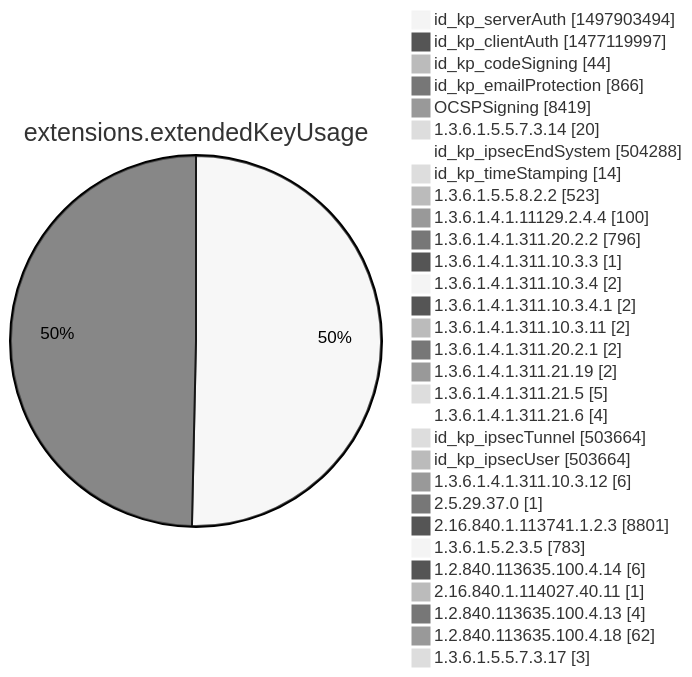
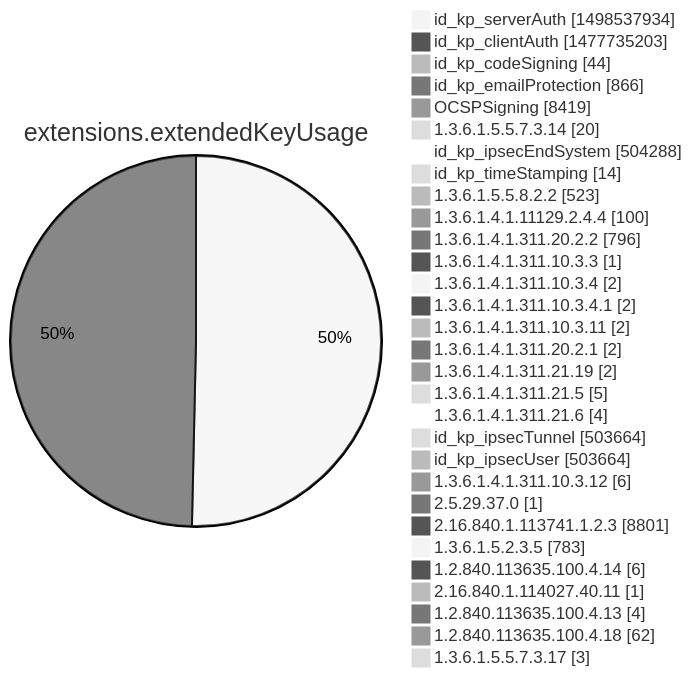
One commit to christiankrug/ctmonitor_visualization changed diagram 12 of 15 in argon2022/README.md. Above: the diagram before and after it, drawn with Mermaid (neutral theme). The commit also changed other lines of this file, not shown here.

````diff
--- a/argon2022/README.md
+++ b/argon2022/README.md
@@ -3555,34 +3555,34 @@
 ```mermaid
 pie showData
 title extensions.extendedKeyUsage
-"id_kp_serverAuth" :1497903494
-"id_kp_clientAuth" :1477119997
+"id_kp_serverAuth" :1498537934
+"id_kp_clientAuth" :1477735203
 "id_kp_codeSigning" :44
 "id_kp_emailProtection" :866
 "OCSPSigning" :8419
 "1.3.6.1.5.5.7.3.14" :20
 "id_kp_ipsecEndSystem" :504288
 "id_kp_timeStamping" :14
 "1.3.6.1.5.5.8.2.2" :523
 "1.3.6.1.4.1.11129.2.4.4" :100
 "1.3.6.1.4.1.311.20.2.2" :796
 "1.3.6.1.4.1.311.10.3.3" :1
 "1.3.6.1.4.1.311.10.3.4" :2
 "1.3.6.1.4.1.311.10.3.4.1" :2
 "1.3.6.1.4.1.311.10.3.11" :2
 "1.3.6.1.4.1.311.20.2.1" :2
 "1.3.6.1.4.1.311.21.19" :2
 "1.3.6.1.4.1.311.21.5" :5
 "1.3.6.1.4.1.311.21.6" :4
 "id_kp_ipsecTunnel" :503664
 "id_kp_ipsecUser" :503664
 "1.3.6.1.4.1.311.10.3.12" :6
 "2.5.29.37.0" :1
 "2.16.840.1.113741.1.2.3" :8801
 "1.3.6.1.5.2.3.5" :783
 "1.2.840.113635.100.4.14" :6
 "2.16.840.1.114027.40.11" :1
 "1.2.840.113635.100.4.13" :4
 "1.2.840.113635.100.4.18" :62
 "1.3.6.1.5.5.7.3.17" :3
 ```
````
